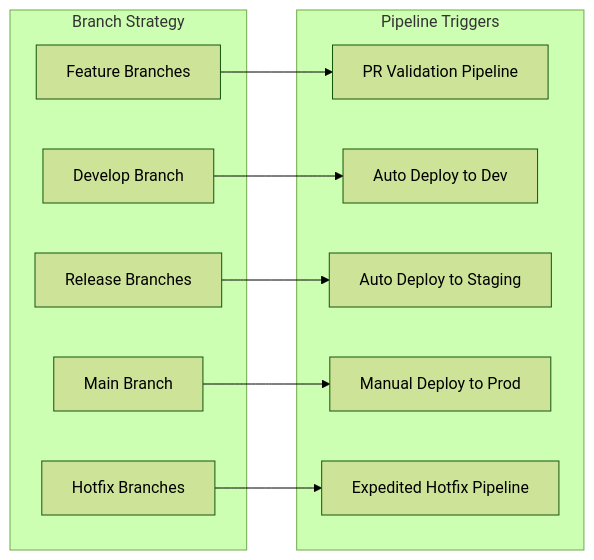
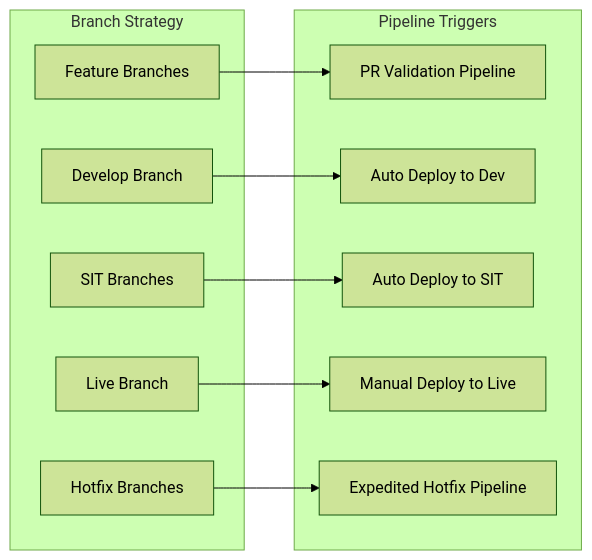
Before and after one commit to Anvil-Shield-Group/.github: the third of 4 diagrams in wiki/practices/ci-cd/overview.md, drawn with Mermaid (forest theme). The commit also changed other lines of this file, not shown here.

````diff
--- a/wiki/practices/ci-cd/overview.md
+++ b/wiki/practices/ci-cd/overview.md
@@ -263,24 +217,24 @@
 ```mermaid
 graph LR
     subgraph "Branch Strategy"
         FEATURE[Feature Branches]
         DEVELOP[Develop Branch]
-        RELEASE[Release Branches]
-        MAIN[Main Branch]
+        STAGING[SIT Branches]
+        LIVE[Live Branch]
         HOTFIX[Hotfix Branches]
     end
     
     subgraph "Pipeline Triggers"
         PR_BUILD[PR Validation Pipeline]
         DEV_DEPLOY[Auto Deploy to Dev]
-        STAGING_DEPLOY[Auto Deploy to Staging]
-        PROD_DEPLOY[Manual Deploy to Prod]
+        STAGING_DEPLOY[Auto Deploy to SIT]
+        PROD_DEPLOY[Manual Deploy to Live]
         HOTFIX_PIPELINE[Expedited Hotfix Pipeline]
     end
     
     FEATURE --> PR_BUILD
     DEVELOP --> DEV_DEPLOY
-    RELEASE --> STAGING_DEPLOY
-    MAIN --> PROD_DEPLOY
+    STAGING --> STAGING_DEPLOY
+    LIVE --> PROD_DEPLOY
     HOTFIX --> HOTFIX_PIPELINE
 ```
````
